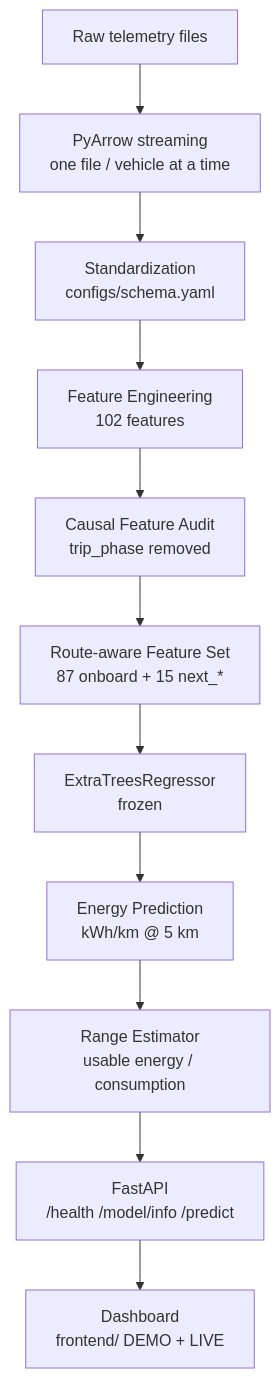
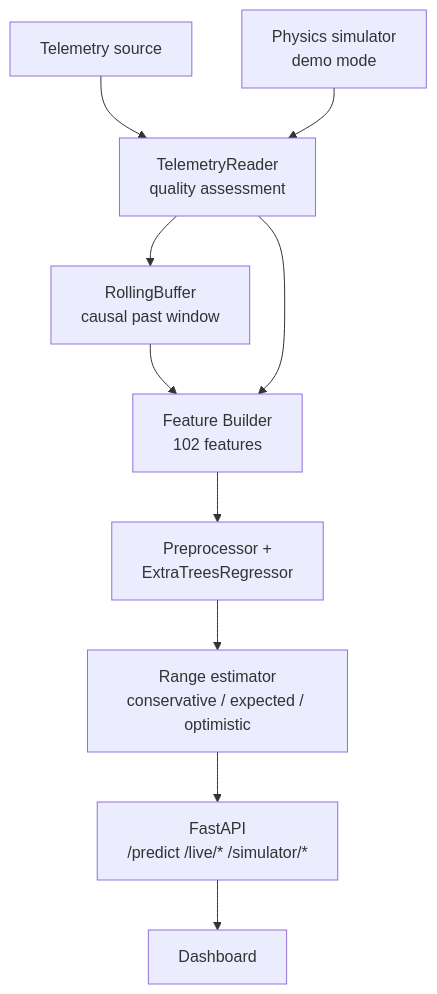
One commit to nkhlxdhmn/EV-Intelligence-Dynamic-Range-Prediction-System changed the diagram in docs/architecture.md. Above: the diagram before and after it, drawn with Mermaid. The commit also changed other lines of this file and 242 other files, not shown here.

````diff
--- a/docs/architecture.md
+++ b/docs/architecture.md
@@ -35,13 +28,12 @@
 ```mermaid
 flowchart TD
-    A[Raw telemetry files] --> B[PyArrow streaming<br/>one file / vehicle at a time]
-    B --> C[Standardization<br/>configs/schema.yaml]
-    C --> D[Feature Engineering<br/>102 features]
-    D --> E[Causal Feature Audit<br/>trip_phase removed]
-    E --> F[Route-aware Feature Set<br/>87 onboard + 15 next_*]
-    F --> G[ExtraTreesRegressor<br/>frozen]
-    G --> H[Energy Prediction<br/>kWh/km @ 5 km]
-    H --> I[Range Estimator<br/>usable energy / consumption]
-    I --> J[FastAPI<br/>/health /model/info /predict]
-    J --> K[Dashboard<br/>frontend/ DEMO + LIVE]
+    S[Telemetry source] --> R[TelemetryReader<br/>quality assessment]
+    R --> B[RollingBuffer<br/>causal past window]
+    SIM[Physics simulator<br/>demo mode] --> R
+    B --> FB[Feature Builder<br/>102 features]
+    R --> FB
+    FB --> P[Preprocessor +<br/>ExtraTreesRegressor]
+    P --> RE[Range estimator<br/>conservative / expected / optimistic]
+    RE --> API[FastAPI<br/>/predict /live/* /simulator/*]
+    API --> D[Dashboard]
 ```
````
